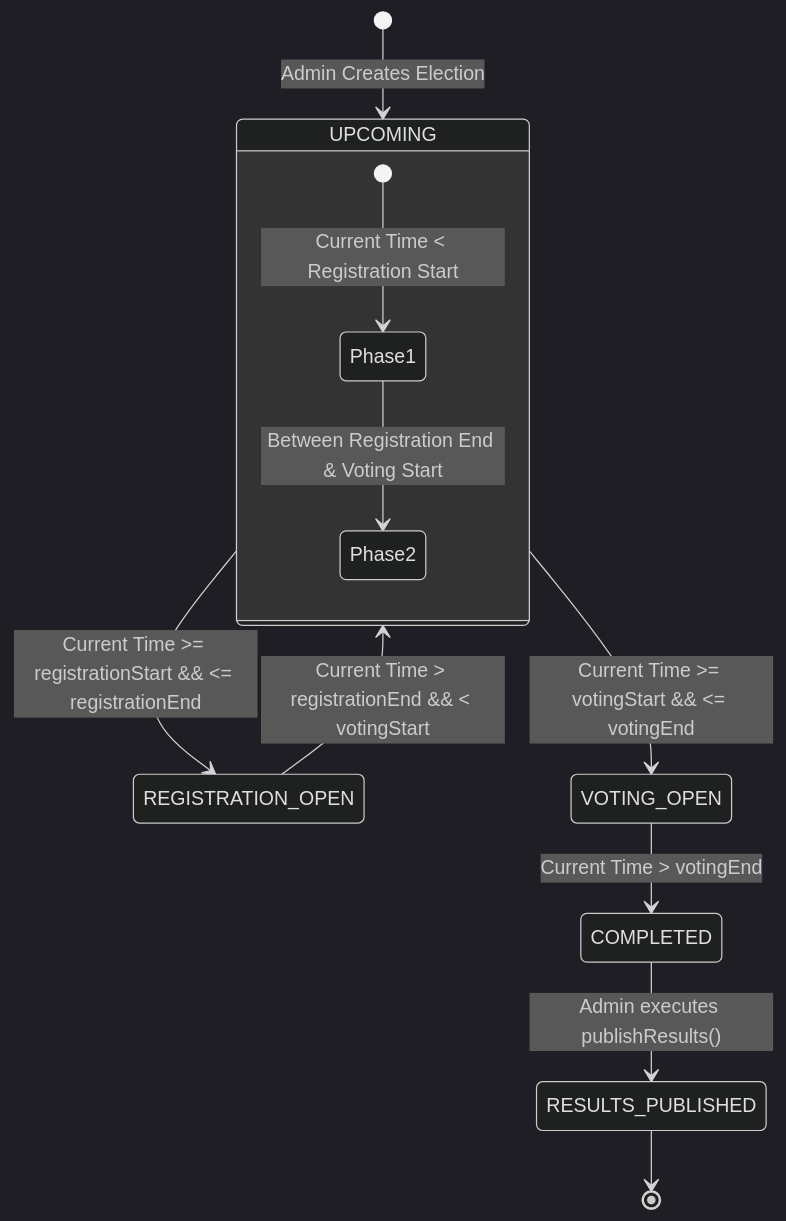
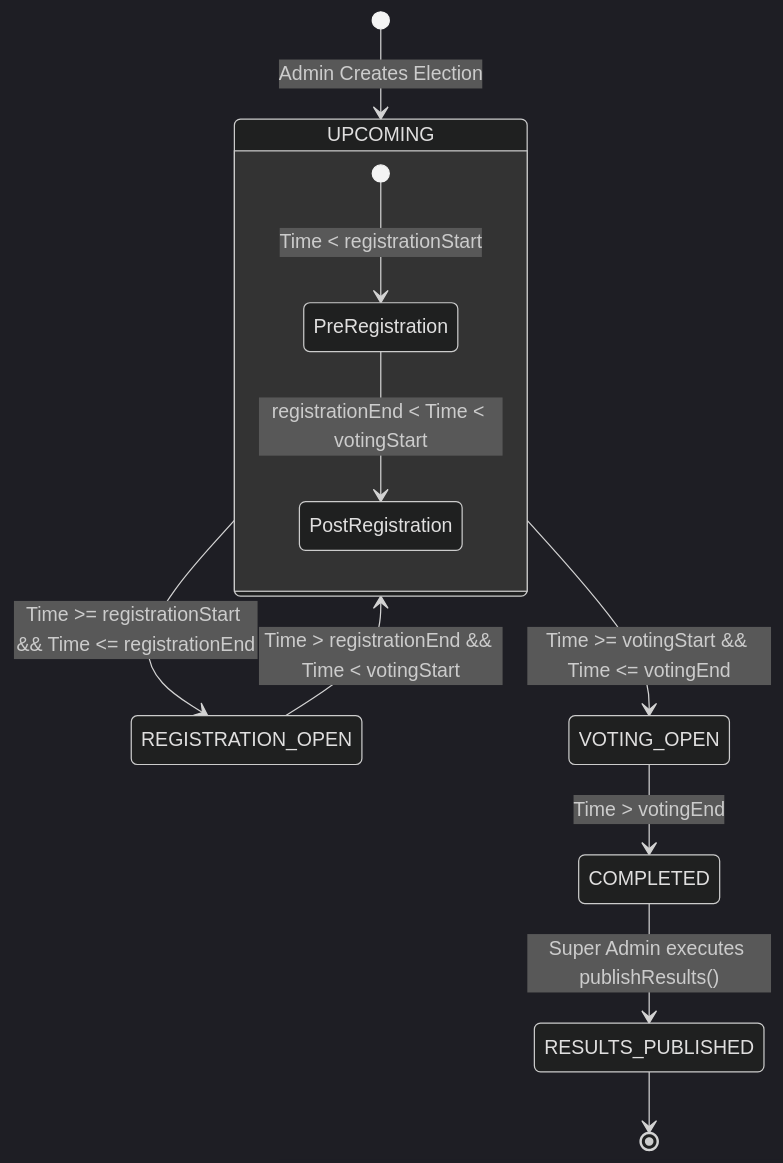
Before and after one commit to chintadavasudharini/OnlineVotingSystem: the second of 5 diagrams in PROJECT_DETAILS.md, drawn with Mermaid (dark theme). The commit also changed other lines of this file and 2 other files, not shown here.

Commit message:
Update PROJECT_DETAILS.md and README.md start-to-end with full technical specifications and login resilience

````diff
--- a/PROJECT_DETAILS.md
+++ b/PROJECT_DETAILS.md
@@ -209,16 +218,16 @@
 ```mermaid
 stateDiagram-v2
     [*] --> UPCOMING : Admin Creates Election
     
     state UPCOMING {
-        [*] --> Phase1 : Current Time < Registration Start
-        Phase1 --> Phase2 : Between Registration End & Voting Start
+        [*] --> PreRegistration : Time < registrationStart
+        PreRegistration --> PostRegistration : registrationEnd < Time < votingStart
     }
 
-    UPCOMING --> REGISTRATION_OPEN : Current Time >= registrationStart && <= registrationEnd
-    REGISTRATION_OPEN --> UPCOMING : Current Time > registrationEnd && < votingStart
-    UPCOMING --> VOTING_OPEN : Current Time >= votingStart && <= votingEnd
-    VOTING_OPEN --> COMPLETED : Current Time > votingEnd
-    COMPLETED --> RESULTS_PUBLISHED : Admin executes publishResults()
+    UPCOMING --> REGISTRATION_OPEN : Time >= registrationStart && Time <= registrationEnd
+    REGISTRATION_OPEN --> UPCOMING : Time > registrationEnd && Time < votingStart
+    UPCOMING --> VOTING_OPEN : Time >= votingStart && Time <= votingEnd
+    VOTING_OPEN --> COMPLETED : Time > votingEnd
+    COMPLETED --> RESULTS_PUBLISHED : Super Admin executes publishResults()
     RESULTS_PUBLISHED --> [*]
 ```
````
